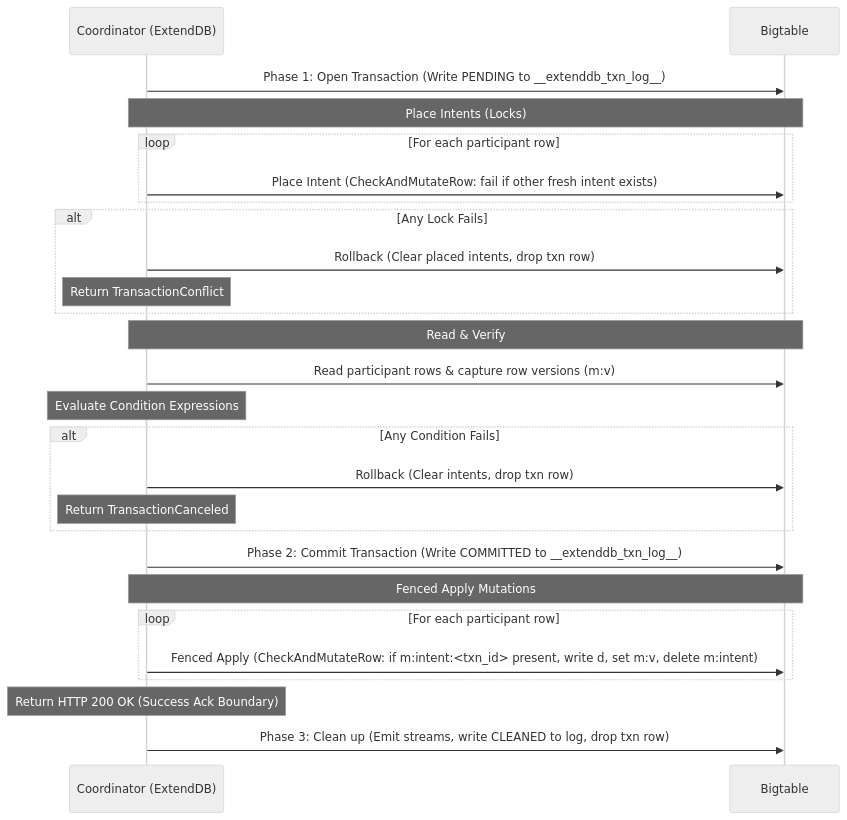
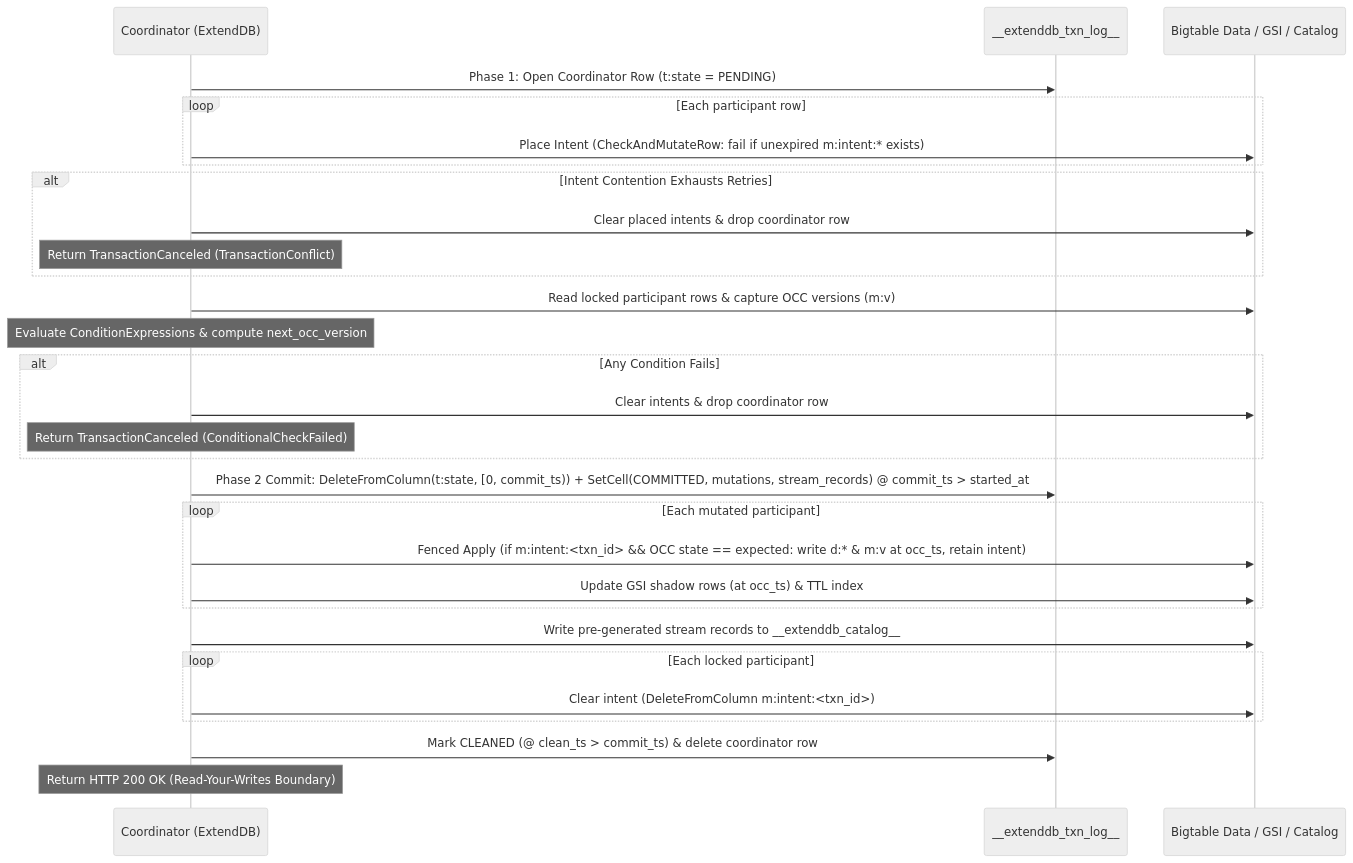
The diagram in docs/rfcs/0000-bigtable-backend.md (ExtendDB/extenddb), drawn with Mermaid (neutral theme) before and after one commit. The commit also changed other lines of this file, not shown here.

Commit message:
docs(rfc): address pass 4 review on deterministic OCC timestamps, fenced streams, Unsupported stubs, and deliverables matrix

````diff
--- a/docs/rfcs/0000-bigtable-backend.md
+++ b/docs/rfcs/0000-bigtable-backend.md
@@ -71,29 +71,32 @@
 ```mermaid
 sequenceDiagram
     participant C as Coordinator (ExtendDB)
-    participant B as Bigtable
-    
-    C->>B: Phase 1: Open Transaction (Write PENDING to __extenddb_txn_log__)
-    Note over C,B: Place Intents (Locks)
-    loop For each participant row
-        C->>B: Place Intent (CheckAndMutateRow: fail if other fresh intent exists)
+    participant L as __extenddb_txn_log__
+    participant B as Bigtable Data / GSI / Catalog
+
+    C->>L: Phase 1: Open Coordinator Row (t:state = PENDING)
+    loop Each participant row
+        C->>B: Place Intent (CheckAndMutateRow: fail if unexpired m:intent:* exists)
     end
-    alt Any Lock Fails
-        C->>B: Rollback (Clear placed intents, drop txn row)
-        Note over C: Return TransactionConflict
+    alt Intent Contention Exhausts Retries
+        C->>B: Clear placed intents & drop coordinator row
+        Note over C: Return TransactionCanceled (TransactionConflict)
     end
-    Note over C,B: Read & Verify
-    C->>B: Read participant rows & capture row versions (m:v)
-    Note over C: Evaluate Condition Expressions
+    C->>B: Read locked participant rows & capture OCC versions (m:v)
+    Note over C: Evaluate ConditionExpressions & compute next_occ_version
     alt Any Condition Fails
-        C->>B: Rollback (Clear intents, drop txn row)
-        Note over C: Return TransactionCanceled
+        C->>B: Clear intents & drop coordinator row
+        Note over C: Return TransactionCanceled (ConditionalCheckFailed)
     end
-    C->>B: Phase 2: Commit Transaction (Write COMMITTED to __extenddb_txn_log__)
-    Note over C,B: Fenced Apply Mutations
-    loop For each participant row
-        C->>B: Fenced Apply (CheckAndMutateRow: if m:intent:<txn_id> present, write d, set m:v, delete m:intent)
+    C->>L: Phase 2 Commit: DeleteFromColumn(t:state, [0, commit_ts)) + SetCell(COMMITTED, mutations, stream_records) @ commit_ts > started_at
+    loop Each mutated participant
+        C->>B: Fenced Apply (if m:intent:<txn_id> && OCC state == expected: write d:* & m:v at occ_ts, retain intent)
+        C->>B: Update GSI shadow rows (at occ_ts) & TTL index
     end
-    Note over C: Return HTTP 200 OK (Success Ack Boundary)
-    C->>B: Phase 3: Clean up (Emit streams, write CLEANED to log, drop txn row)
+    C->>B: Write pre-generated stream records to __extenddb_catalog__
+    loop Each locked participant
+        C->>B: Clear intent (DeleteFromColumn m:intent:<txn_id>)
+    end
+    C->>L: Mark CLEANED (@ clean_ts > commit_ts) & delete coordinator row
+    Note over C: Return HTTP 200 OK (Read-Your-Writes Boundary)
 ```
````
